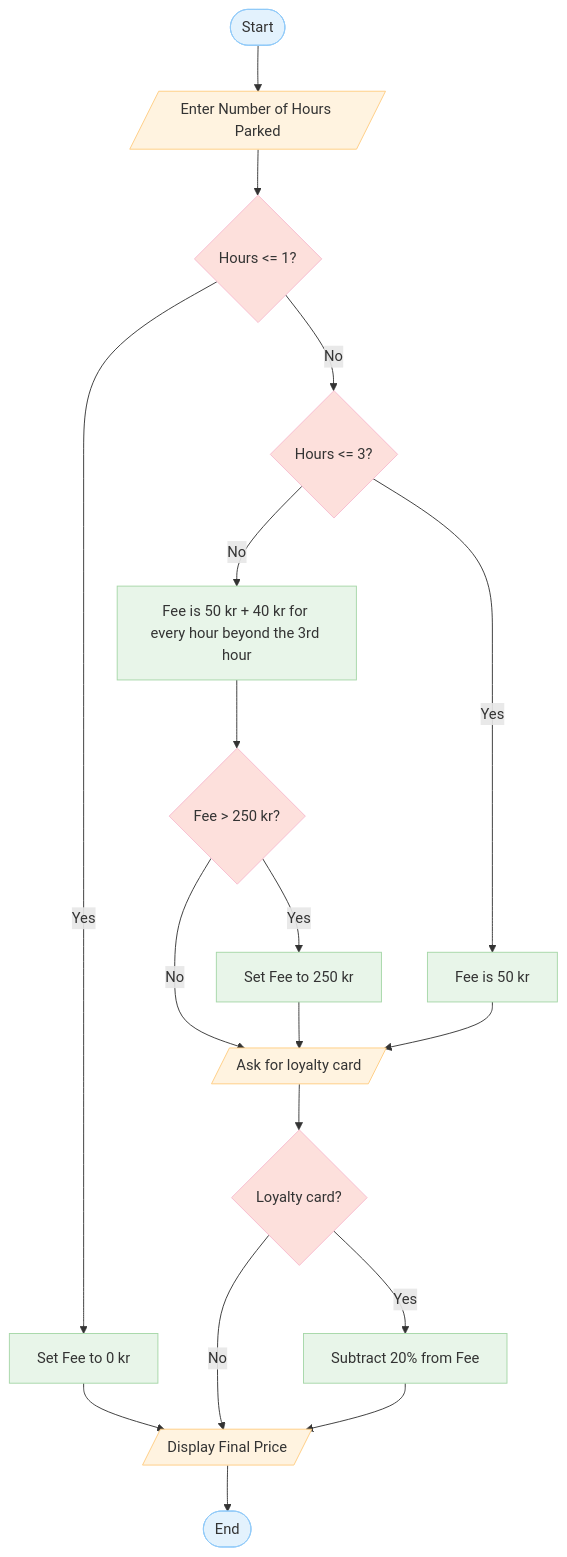
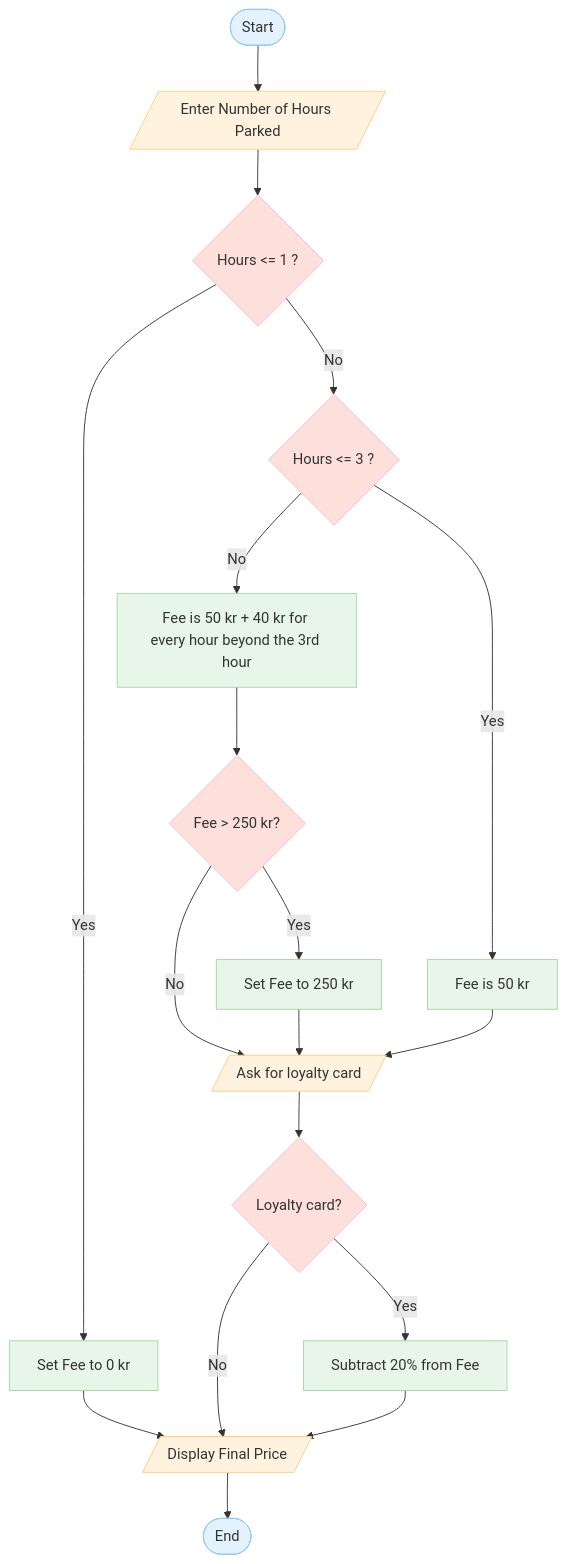
One commit to joelBIT/workshop-pseudocode-flowcharts changed the fifth of 9 diagrams in README.md. Above: the diagram before and after it, drawn with Mermaid. The commit also changed other lines of this file, not shown here.

First line of the commit message:
Created flowchart and pseudocode for workshop exercise 4

````diff
--- a/README.md
+++ b/README.md
@@ -177,26 +177,26 @@
 ```mermaid
 flowchart TD
     A([Start]):::term --> B[/Enter Number of Hours Parked/]:::io
-    B --> C{Hours <= 1?}:::dec
-    C -- No --> D{Hours <= 3?}:::dec
+    B --> C{Hours <= 1 ?}:::dec
+    C -- No --> D{Hours <= 3 ?}:::dec
     C -- Yes --> E[Set Fee to 0 kr]:::proc
     E --> Z[/Display Final Price/]:::io
     Y -- No --> Z[/Display Final Price/]:::io
     Y -- Yes --> W[Subtract 20% from Fee]:::proc
     W --> Z[/Display Final Price/]:::io
     D -- No --> G[Fee is 50 kr + 40 kr for every hour beyond the 3rd hour]:::proc
     D -- Yes --> F[Fee is 50 kr]:::proc
     G --> H{Fee > 250 kr?}:::dec
     H -- No --> N[/Ask for loyalty card/]:::io
     H -- Yes --> K[Set Fee to 250 kr]:::proc
     K --> N[/Ask for loyalty card/]:::io
     F --> N[/Ask for loyalty card/]:::io
     N --> Y{Loyalty card?}:::dec
     Z --> X([End]):::term
     
 
 classDef term fill:#e3f2fd,stroke:#90caf9,color:#333,stroke-width:1px;
 classDef io fill:#fff3e0,stroke:#ffcc80,color:#333,stroke-width:1px;
 classDef dec fill:#fde0dc,stroke:#f8bbd0,color:#333,stroke-width:1px;
 classDef proc fill:#e8f5e9,stroke:#a5d6a7,color:#333,stroke-width:1px;
 ```
````
